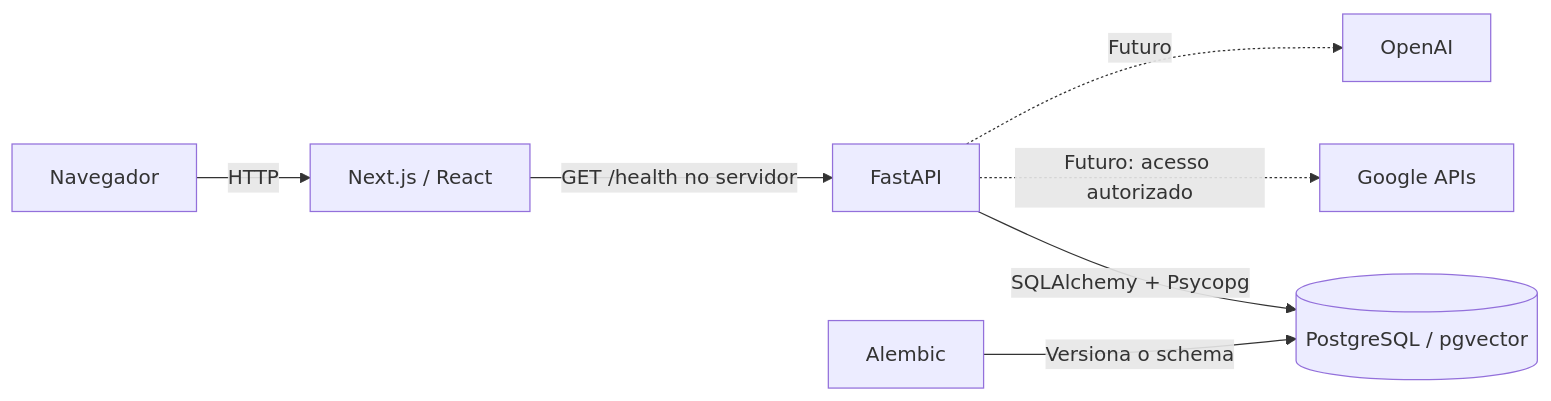
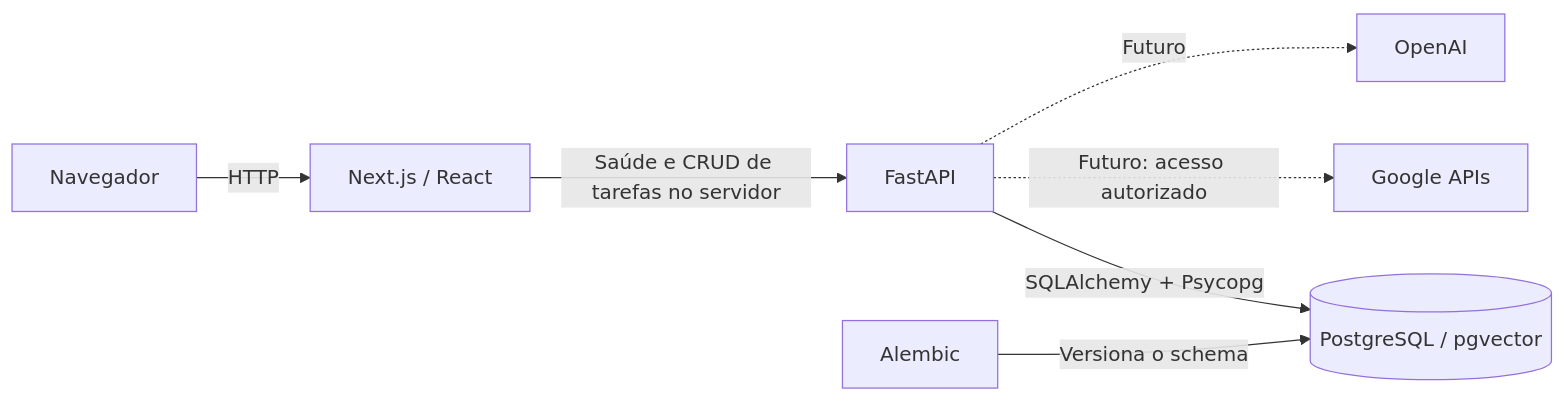
Before and after one commit to Lira-rev0/projeto-athenas: the diagram in docs/architecture.md, drawn with Mermaid. The commit also changed other lines of this file and 24 other files, not shown here.

Commit message:
feat(tasks): implementa CRUD de tarefas com PostgreSQL e interface Next.js (#2)

````diff
--- a/docs/architecture.md
+++ b/docs/architecture.md
@@ -7,9 +7,9 @@
 ```mermaid
 flowchart LR
     User[Navegador] -->|HTTP| Web[Next.js / React]
-    Web -->|GET /health no servidor| API[FastAPI]
+    Web -->|Saúde e CRUD de tarefas no servidor| API[FastAPI]
     API -->|SQLAlchemy + Psycopg| DB[(PostgreSQL / pgvector)]
     Migration[Alembic] -->|Versiona o schema| DB
     API -. Futuro: acesso autorizado .-> Google[Google APIs]
     API -. Futuro .-> OpenAI[OpenAI]
 ```
````
